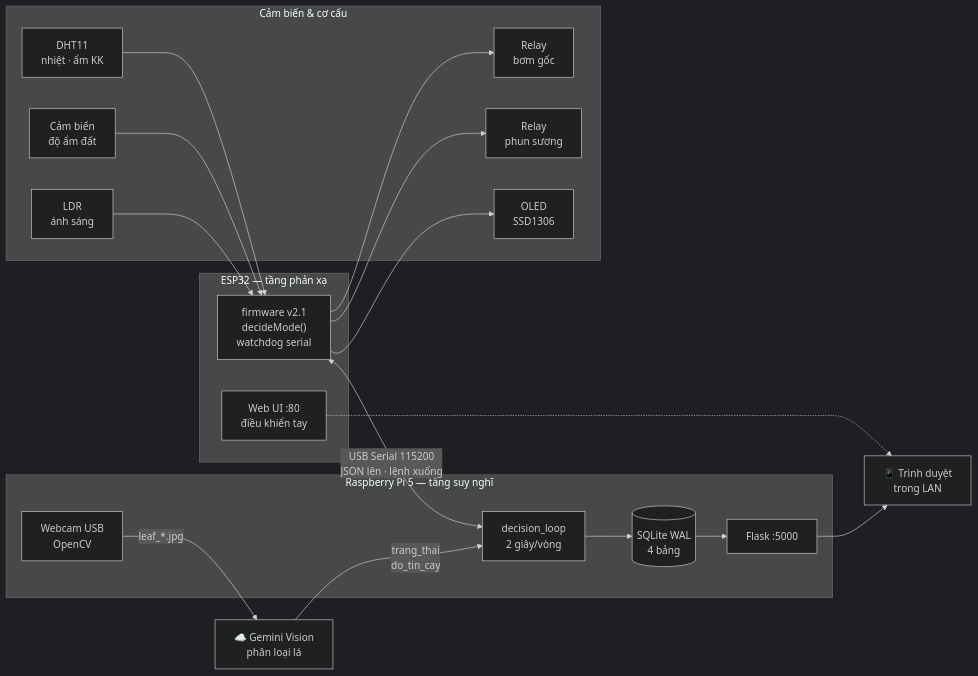
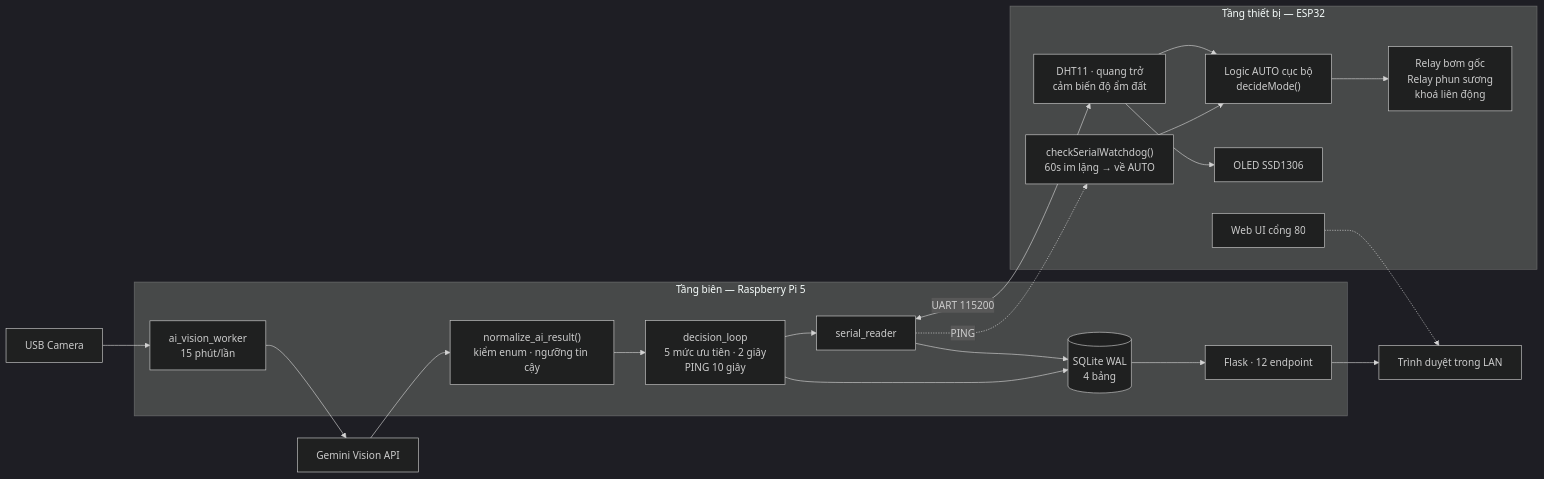
The diagram in README.md (dtc245010034-rgb/Home-Garden-An-IoT-AI-System-for-Automated-Plant-Care-last), drawn with Mermaid (dark theme) before and after one commit. The commit also changed other lines of this file and 5 other files, not shown here.

First line of the commit message:
Viết lại tài liệu theo văn phong nộp báo cáo; vẽ PING và watchdog vào sơ đồ

````diff
--- a/README.md
+++ b/README.md
@@ -56,40 +34,36 @@
 ```mermaid
 flowchart LR
-    subgraph SENSORS["Cảm biến & cơ cấu"]
-        DHT["DHT11<br/>nhiệt · ẩm KK"]
-        SOIL["Cảm biến<br/>độ ẩm đất"]
-        LDR["LDR<br/>ánh sáng"]
-        RW["Relay<br/>bơm gốc"]
-        RM["Relay<br/>phun sương"]
-        OLED["OLED<br/>SSD1306"]
+    subgraph DEVICE["Tầng thiết bị — ESP32"]
+        SEN["DHT11 · quang trở<br/>cảm biến độ ẩm đất"]
+        FW["Logic AUTO cục bộ<br/>decideMode()"]
+        WD["checkSerialWatchdog()<br/>60s im lặng → về AUTO"]
+        ACT["Relay bơm gốc<br/>Relay phun sương<br/>khoá liên động"]
+        OLED["OLED SSD1306"]
+        WEB1["Web UI cổng 80"]
     end
 
-    subgraph ESP["ESP32 — tầng phản xạ"]
-        FW["firmware v2.1<br/>decideMode()<br/>watchdog serial"]
-        WEB1["Web UI :80<br/>điều khiển tay"]
+    subgraph EDGE["Tầng biên — Raspberry Pi 5"]
+        SR["serial_reader"]
+        AIW["ai_vision_worker<br/>15 phút/lần"]
+        VAL["normalize_ai_result()<br/>kiểm enum · ngưỡng tin cậy"]
+        DL["decision_loop<br/>5 mức ưu tiên · 2 giây<br/>PING 10 giây"]
+        DB[("SQLite WAL<br/>4 bảng")]
+        API["Flask · 12 endpoint"]
     end
 
-    subgraph PI["Raspberry Pi 5 — tầng suy nghĩ"]
-        CAM["Webcam USB<br/>OpenCV"]
-        DEC["decision_loop<br/>2 giây/vòng"]
-        DB[("SQLite WAL<br/>4 bảng")]
-        FLASK["Flask :5000"]
-    end
+    CAM["USB Camera"]
+    GEM["Gemini Vision API"]
+    USER["Trình duyệt trong LAN"]
 
-    GEM["☁️ Gemini Vision<br/>phân loại lá"]
-    USER["📱 Trình duyệt<br/>trong LAN"]
-
-    DHT --> FW
-    SOIL --> FW
-    LDR --> FW
-    FW --> RW
-    FW --> RM
-    FW --> OLED
-    FW <-->|"USB Serial 115200<br/>JSON lên · lệnh xuống"| DEC
+    SEN --> FW --> ACT
+    SEN --> OLED
+    WD --> FW
     WEB1 -.-> USER
-    CAM -->|"leaf_*.jpg"| GEM
-    GEM -->|"trang_thai<br/>do_tin_cay"| DEC
-    DEC --> DB
-    DB --> FLASK
-    FLASK --> USER
+    CAM --> AIW --> GEM --> VAL --> DL
+    SR <-->|"UART 115200"| SEN
+    SR -.->|"PING"| WD
+    DL --> SR
+    SR --> DB
+    DL --> DB
+    DB --> API --> USER
 ```
````
